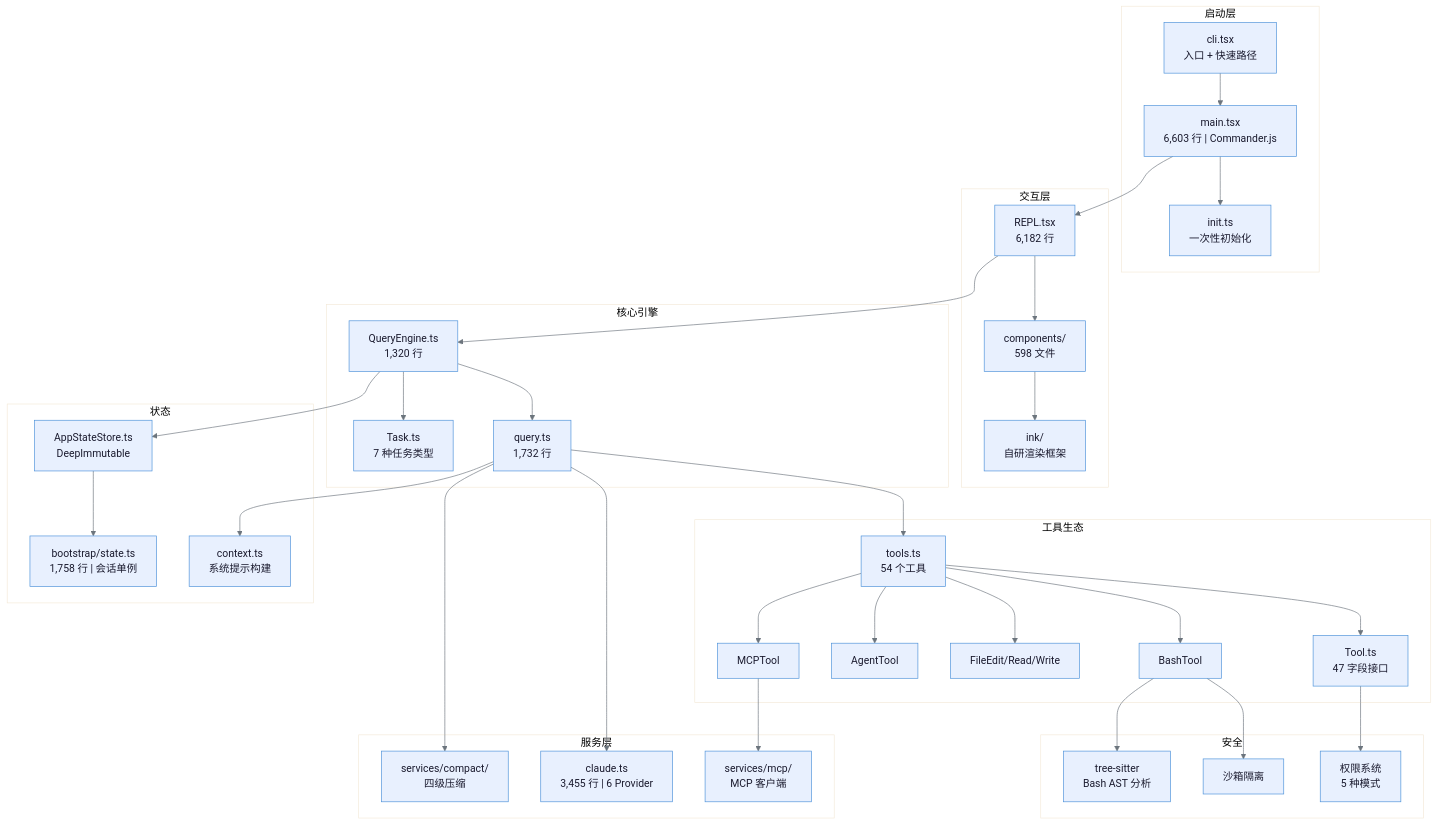
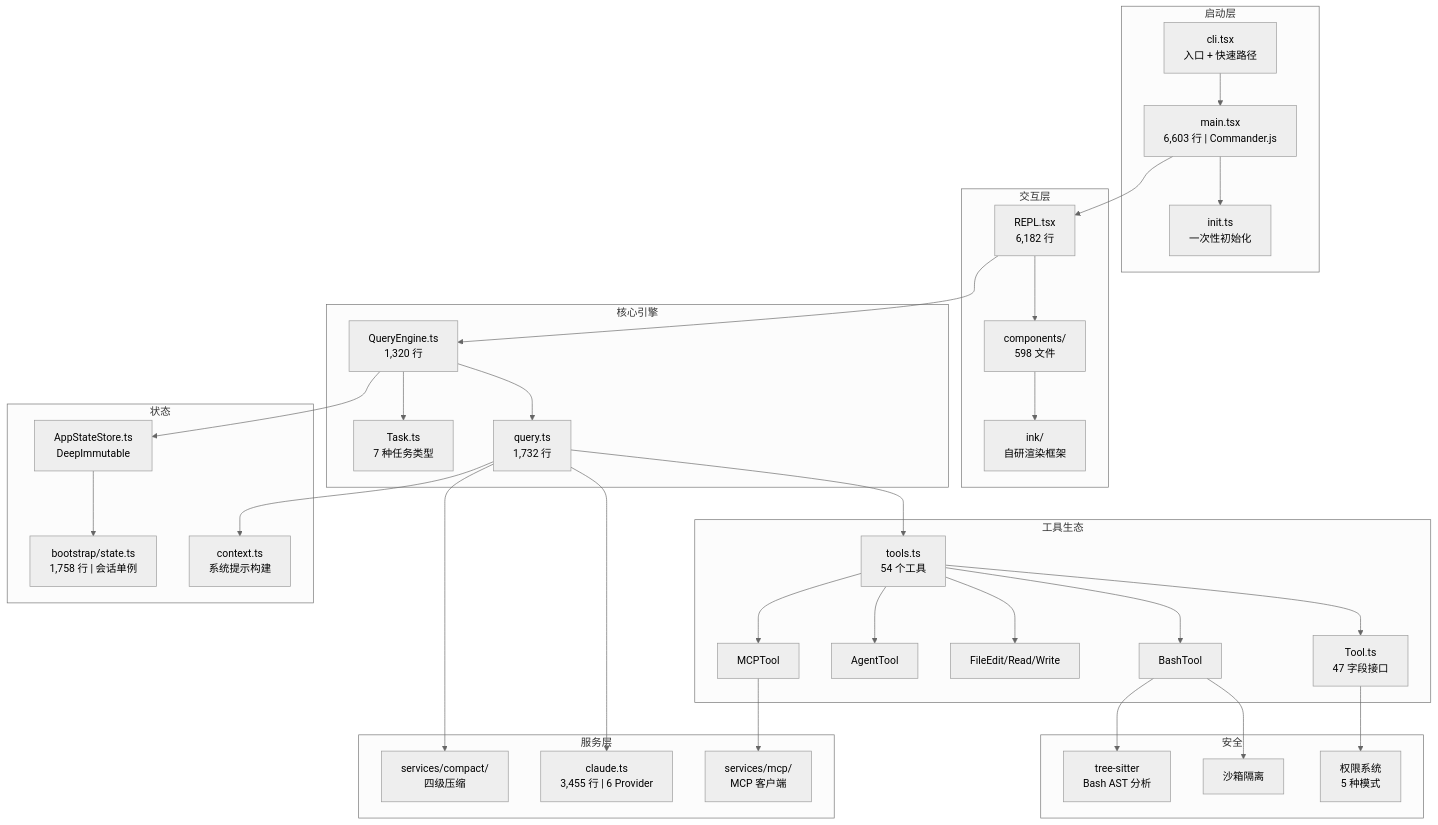
The third of 3 diagrams in 01-架构总览.md (ljie-PI/code-deep-dive), drawn with Mermaid before and after one commit. The commit also changed other lines of this file and 14 other files, not shown here.

First line of the commit message:
docs: add Mermaid diagrams and apply final calibration fixes

````diff
--- a/01-架构总览.md
+++ b/01-架构总览.md
@@ -322,72 +322,72 @@
 ```mermaid
-%%{init: {'theme': 'base', 'themeVariables': {'primaryColor': '#e8f0fe', 'primaryBorderColor': '#4a90d9', 'primaryTextColor': '#1a1a2e', 'lineColor': '#6c757d'}}}%%
+%%{init: {'theme': 'neutral'}}%%
 graph TB
     subgraph Entry["启动层"]
         CLI["cli.tsx<br/>入口 + 快速路径"]
         MAIN["main.tsx<br/>6,603 行 | Commander.js"]
         INIT["init.ts<br/>一次性初始化"]
     end
 
     subgraph UI["交互层"]
         REPL["REPL.tsx<br/>6,182 行"]
         COMP["components/<br/>598 文件"]
         INK["ink/<br/>自研渲染框架"]
     end
 
     subgraph Engine["核心引擎"]
         QE["QueryEngine.ts<br/>1,320 行"]
         QUERY["query.ts<br/>1,732 行"]
         TASK["Task.ts<br/>7 种任务类型"]
     end
 
     subgraph Tools["工具生态"]
         TOOLREG["tools.ts<br/>54 个工具"]
         TOOLDEF["Tool.ts<br/>47 字段接口"]
         BASH["BashTool"]
         FILE["FileEdit/Read/Write"]
         AGENT["AgentTool"]
         MCPTOOL["MCPTool"]
     end
 
     subgraph Services["服务层"]
         API["claude.ts<br/>3,455 行 | 6 Provider"]
         MCPSVC["services/mcp/<br/>MCP 客户端"]
         COMPACT["services/compact/<br/>四级压缩"]
     end
 
     subgraph Safety["安全"]
         PERM["权限系统<br/>5 种模式"]
         SANDBOX["沙箱隔离"]
         TREESIT["tree-sitter<br/>Bash AST 分析"]
     end
 
     subgraph State["状态"]
         BOOTSTRAP["bootstrap/state.ts<br/>1,758 行 | 会话单例"]
         APPSTATE["AppStateStore.ts<br/>DeepImmutable"]
         CTX["context.ts<br/>系统提示构建"]
     end
 
     CLI --> MAIN
     MAIN --> INIT
     MAIN --> REPL
     REPL --> COMP
     COMP --> INK
     REPL --> QE
     QE --> QUERY
     QE --> TASK
     QUERY --> TOOLREG
     TOOLREG --> TOOLDEF
     TOOLREG --> BASH
     TOOLREG --> FILE
     TOOLREG --> AGENT
     TOOLREG --> MCPTOOL
     QUERY --> API
     MCPTOOL --> MCPSVC
     QUERY --> COMPACT
     TOOLDEF --> PERM
     BASH --> SANDBOX
     BASH --> TREESIT
     QE --> APPSTATE
     APPSTATE --> BOOTSTRAP
     QUERY --> CTX
 ```
````
